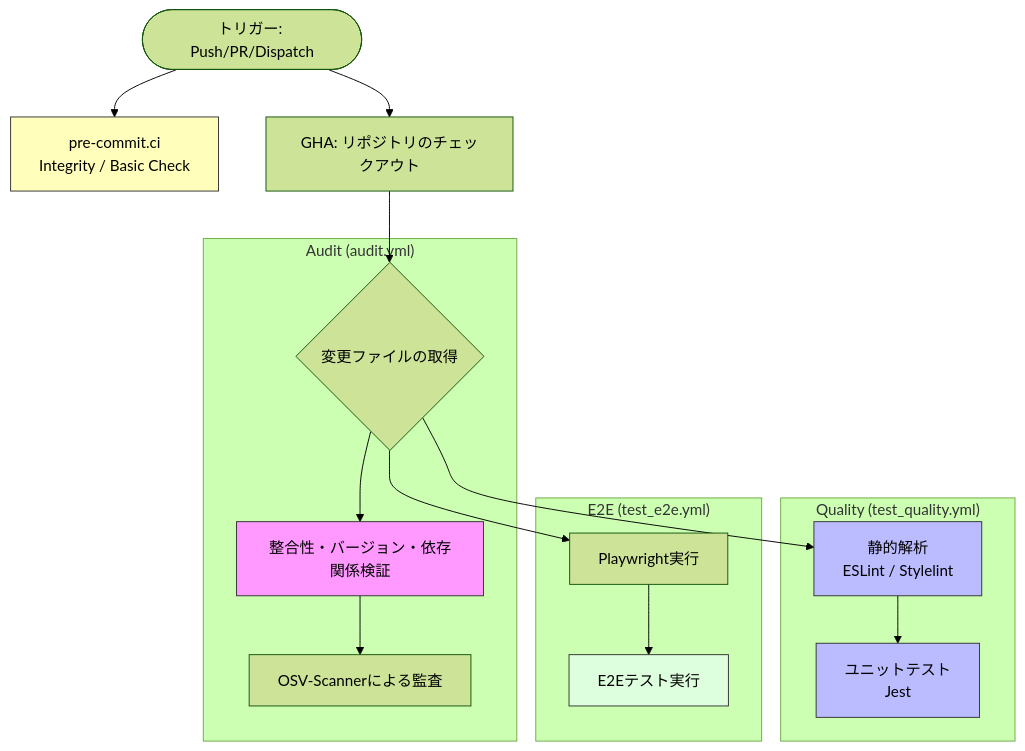
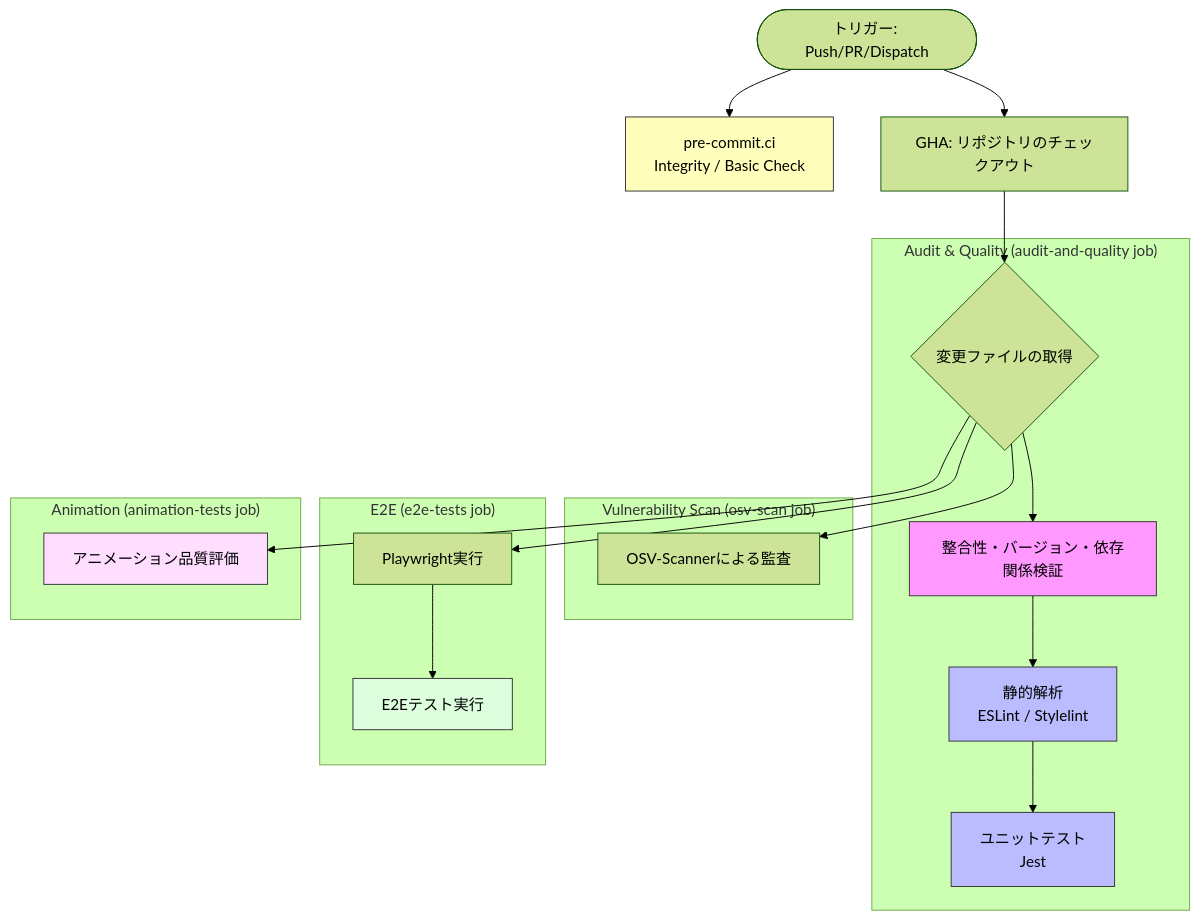
One commit to masanori-satake/QuickLog-Solo changed the first of 2 diagrams in docs/README_ACTIONS.md. Above: the diagram before and after it, drawn with Mermaid (forest theme). The commit also changed other lines of this file and 5 other files, not shown here.

````diff
--- a/docs/README_ACTIONS.md
+++ b/docs/README_ACTIONS.md
@@ -96,28 +93,33 @@
 ```mermaid
 graph TD
     Start([トリガー: Push/PR/Dispatch])
     Start --> PreCommit[pre-commit.ci<br/>Integrity / Basic Check]
     Start --> Checkout[GHA: リポジトリのチェックアウト]
     Checkout --> GetChanged{変更ファイルの取得}
 
-    subgraph "Audit (audit.yml)"
+    subgraph "Audit & Quality (audit-and-quality job)"
         GetChanged --> CleanCheck[整合性・バージョン・依存関係検証]
-        CleanCheck --> OSVScan[OSV-Scannerによる監査]
-    end
-
-    subgraph "Quality (test_quality.yml)"
-        GetChanged --> Lint[静的解析<br/>ESLint / Stylelint]
+        CleanCheck --> Lint[静的解析<br/>ESLint / Stylelint]
         Lint --> UnitTests[ユニットテスト<br/>Jest]
     end
 
-    subgraph "E2E (test_e2e.yml)"
+    subgraph "Vulnerability Scan (osv-scan job)"
+        GetChanged --> OSVScan[OSV-Scannerによる監査]
+    end
+
+    subgraph "E2E (e2e-tests job)"
         GetChanged --> Playwright[Playwright実行]
         Playwright --> RunE2E[E2Eテスト実行]
+    end
+
+    subgraph "Animation (animation-tests job)"
+        GetChanged --> AnimEval[アニメーション品質評価]
     end
 
     style CleanCheck fill:#f9f,stroke:#333
     style PreCommit fill:#ffb,stroke:#333
     style Lint fill:#bbf,stroke:#333
     style UnitTests fill:#bbf,stroke:#333
     style RunE2E fill:#dfd,stroke:#333
+    style AnimEval fill:#fdf,stroke:#333
 ```
````
